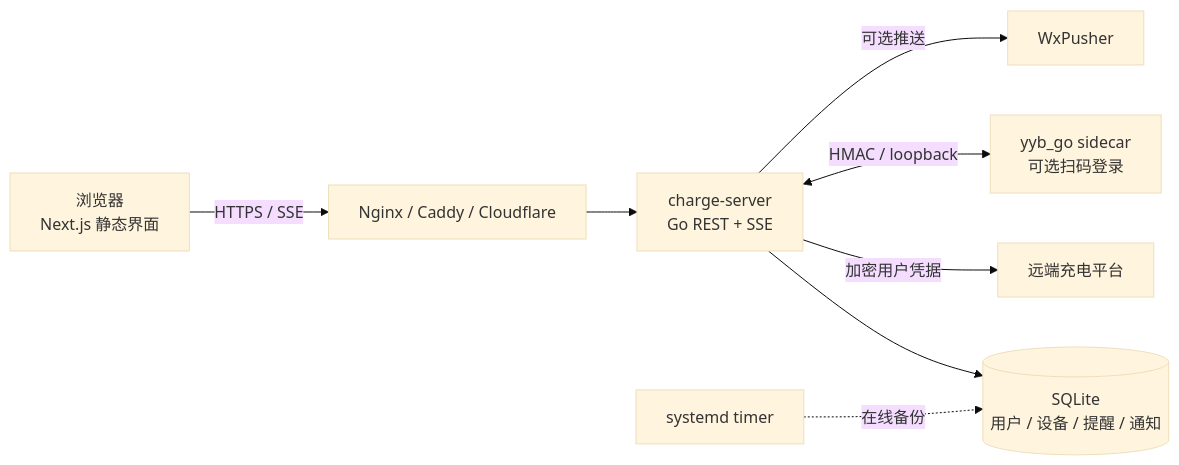
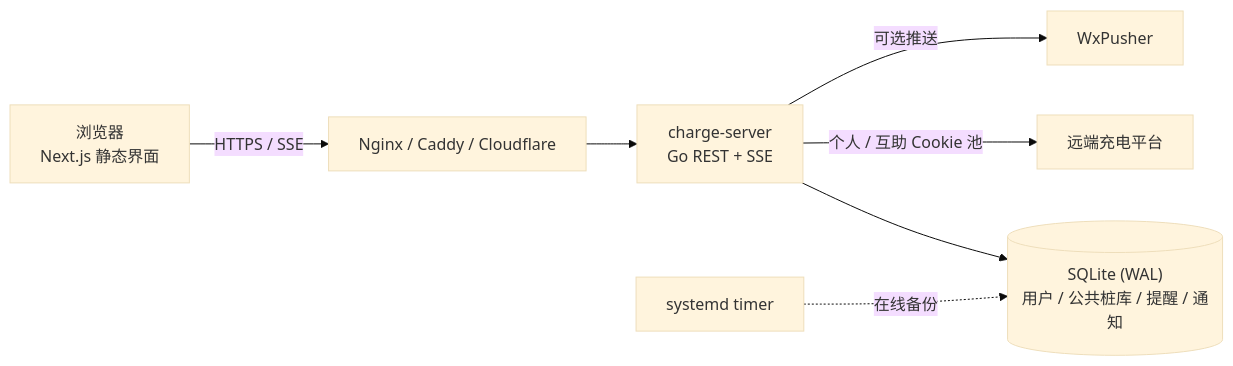
The diagram in README.md (ninuan/charge-api), drawn with Mermaid (base theme) before and after one commit. The commit also changed other lines of this file and 2 other files, not shown here.

````diff
--- a/README.md
+++ b/README.md
@@ -122,10 +118,9 @@
 ```mermaid
 flowchart LR
   Browser["浏览器<br/>Next.js 静态界面"] -->|HTTPS / SSE| Proxy["Nginx / Caddy / Cloudflare"]
   Proxy --> API["charge-server<br/>Go REST + SSE"]
-  API --> DB[("SQLite<br/>用户 / 设备 / 提醒 / 通知")]
-  API -->|加密用户凭据| Remote["远端充电平台"]
-  API <-->|HMAC / loopback| YYB["yyb_go sidecar<br/>可选扫码登录"]
+  API --> DB[("SQLite (WAL)<br/>用户 / 公共桩库 / 提醒 / 通知")]
+  API -->|个人 / 互助 Cookie 池| Remote["远端充电平台"]
   API -->|可选推送| WxPusher["WxPusher"]
   Backup["systemd timer"] -. 在线备份 .-> DB
 ```
````
